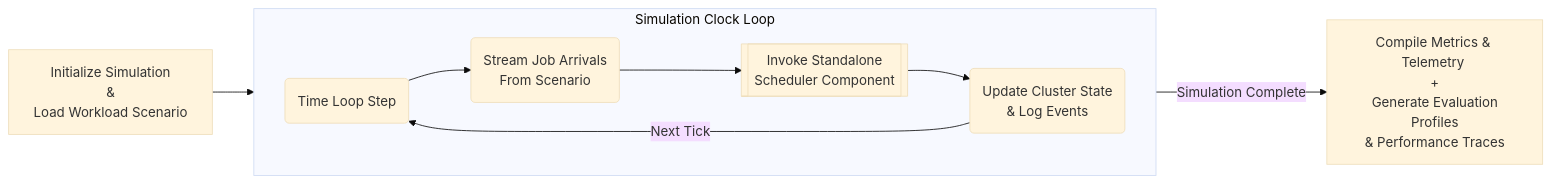
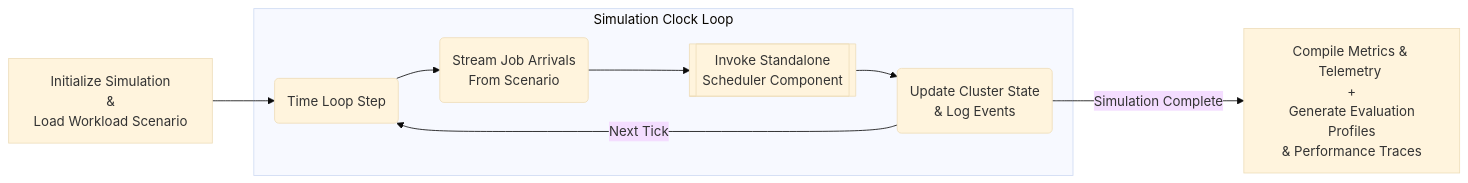
One commit to momoadegbindin/compute-capacity-orchestrator changed the second of 2 diagrams in README.md. Above: the diagram before and after it, drawn with Mermaid (base theme). The commit also changed other lines of this file, not shown here.

Commit message:
adjust mermaid diagrams directions

````diff
--- a/README.md
+++ b/README.md
@@ -98,19 +106,21 @@
 ```mermaid
 flowchart LR
     %% 1. Ingestion Phase
-     Start[Initialize Simulation <br> & <br>Load Workload Scenario ]
+    Start[Initialize Simulation <br> & <br>Load Workload Scenario ]
 
     %% 2. Clean Vertical Loop Body
     subgraph Engine [Simulation Clock Loop]
-        direction LR
         Tick(Time Loop Step) --> Stream(Stream Job Arrivals<br>From Scenario)
         Stream --> Core[[Invoke Standalone<br>Scheduler Component]]
         Core --> Mutate(Update Cluster State<br>& Log Events)
-        Mutate -->|Next Tick| Tick
     end
 
     %% 3. Pure Analytical Outflow
     Start --> Tick
+    
+    %% Loop connection placed outside the subgraph definition to prevent rendering bugs
+    Mutate -->|Next Tick| Tick
+    
     Mutate -->|Simulation Complete| Eval[Compile Metrics & Telemetry <br> + <br> Generate Evaluation Profiles<br>& Performance Traces]
 
 ```
````
